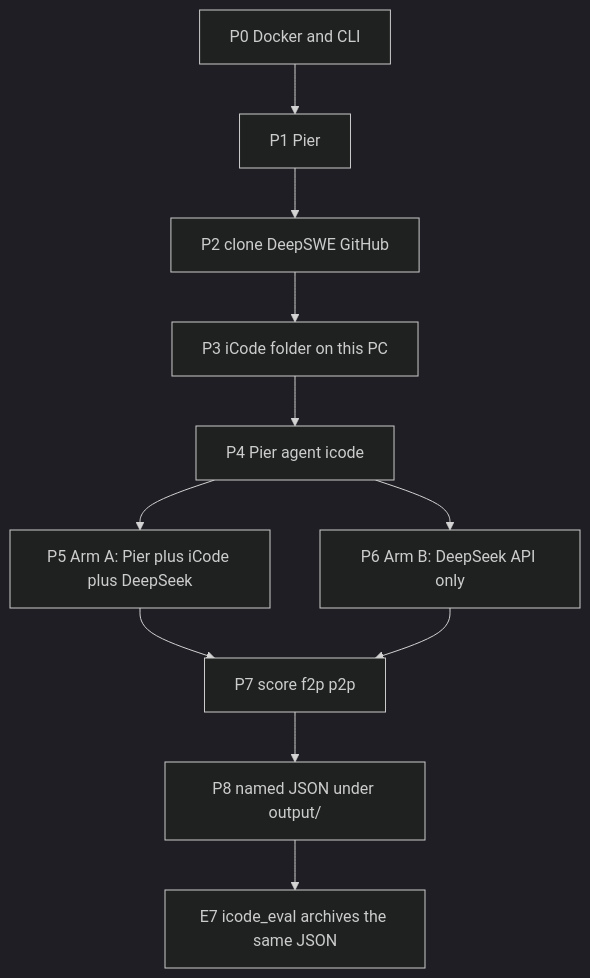
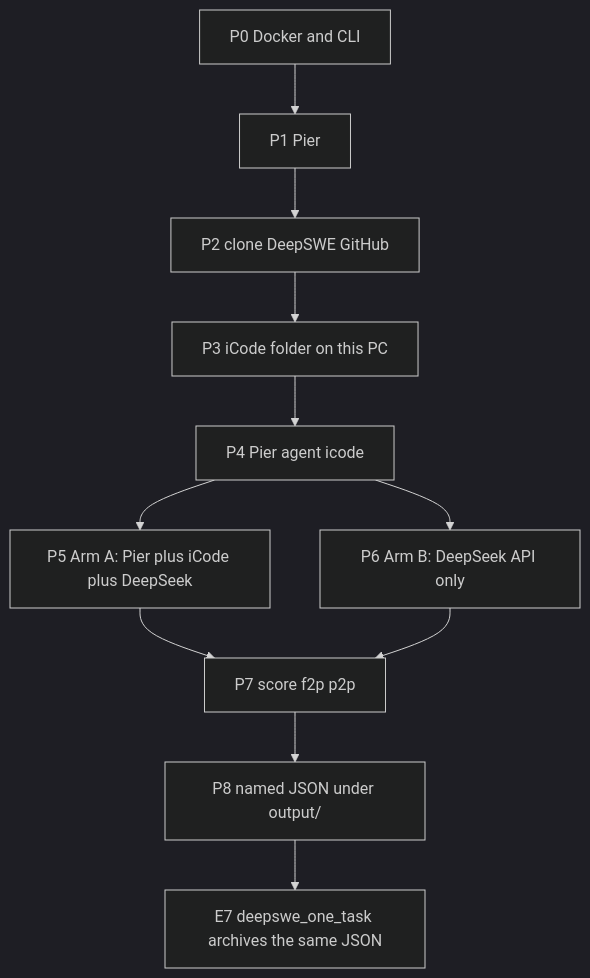
One commit to Toby-Yu/mac-k3d changed the second of 2 diagrams in docs/binary-initializer/testing/cloud-eval-runbook.md. Above: the diagram before and after it, drawn with Mermaid (dark theme). The commit also changed other lines of this file and 40 other files, not shown here.

````diff
--- a/docs/binary-initializer/testing/cloud-eval-runbook.md
+++ b/docs/binary-initializer/testing/cloud-eval-runbook.md
@@ -52,20 +52,20 @@
 ```mermaid
 flowchart TD
   p0["P0 Docker and CLI"]
   p1["P1 Pier"]
   p2["P2 clone DeepSWE GitHub"]
   p3["P3 iCode folder on this PC"]
   p4["P4 Pier agent icode"]
   p5["P5 Arm A: Pier plus iCode plus DeepSeek"]
   p6["P6 Arm B: DeepSeek API only"]
   p7["P7 score f2p p2p"]
   p8["P8 named JSON under output/"]
-  jenkins["E7 icode_eval archives the same JSON"]
+  jenkins["E7 deepswe_one_task archives the same JSON"]
 
   p0 --> p1 --> p2 --> p3 --> p4
   p4 --> p5
   p4 --> p6
   p5 --> p7
   p6 --> p7
   p7 --> p8 --> jenkins
 ```
````
